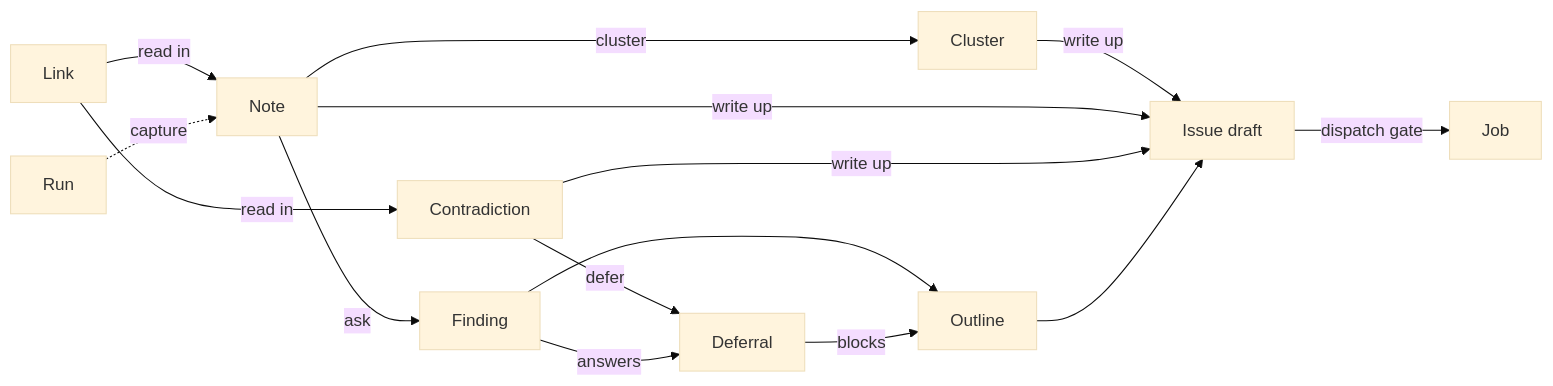
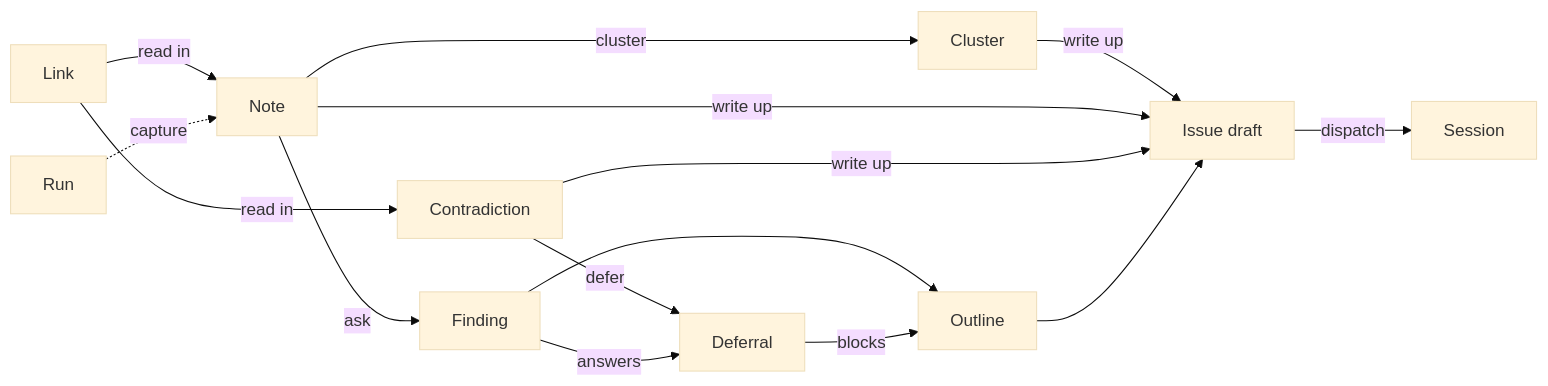
Before and after one commit to Mele-Labs/armada: the diagram in docs/concepts/studio.md, drawn with Mermaid (base theme). The commit also changed other lines of this file and 18 other files, not shown here.

````diff
--- a/docs/concepts/studio.md
+++ b/docs/concepts/studio.md
@@ -11,17 +11,17 @@
 ```mermaid
 flowchart LR
   LINK[Link] -->|read in| NOTE
   LINK -->|read in| CON[Contradiction]
   RUN[Run] -.->|capture| NOTE[Note]
   NOTE -->|ask| FND[Finding]
   NOTE -->|cluster| CL[Cluster]
   CL -->|write up| ISS[Issue draft]
   NOTE -->|write up| ISS
   CON -->|write up| ISS
   CON -->|defer| DEF[Deferral]
   FND -->|answers| DEF
   FND --> OUT[Outline]
   DEF -->|blocks| OUT
   OUT --> ISS
-  ISS -->|dispatch gate| JOB[Job]
+  ISS -->|dispatch| SES[Session]
 ```
````
